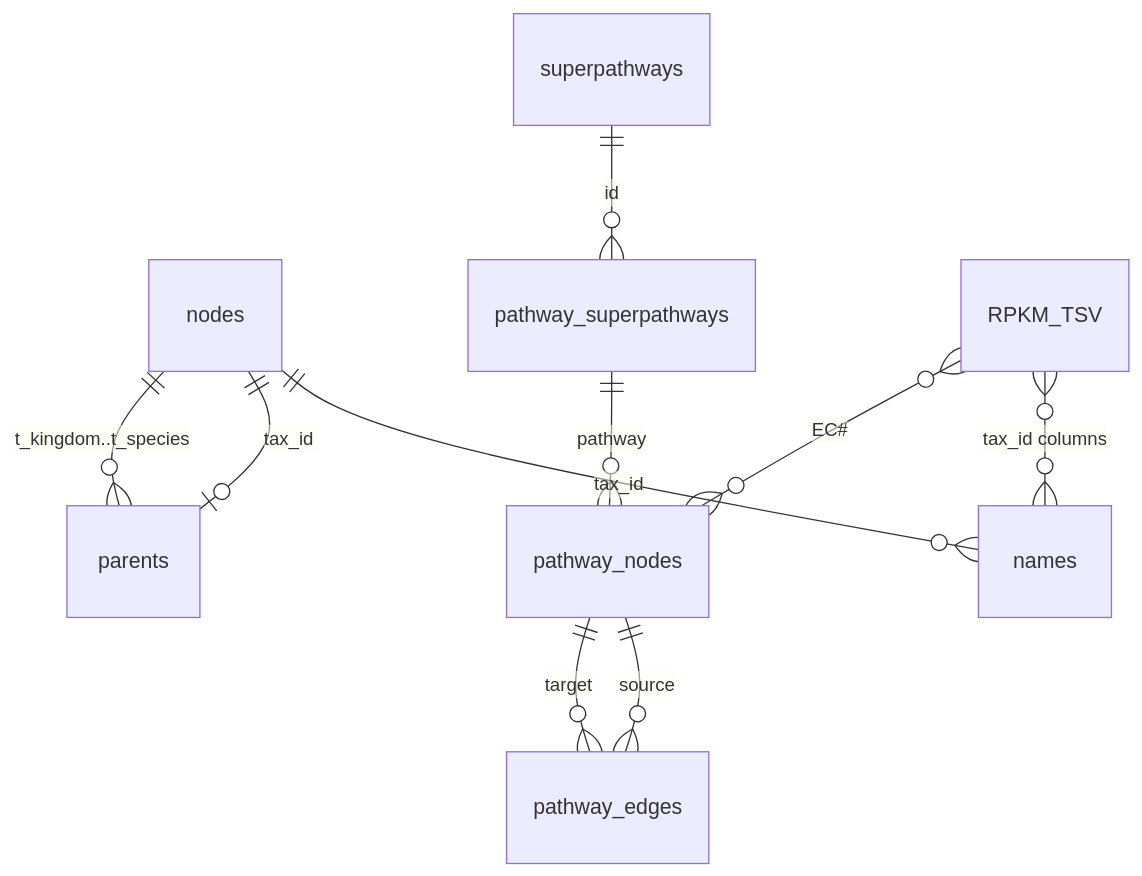
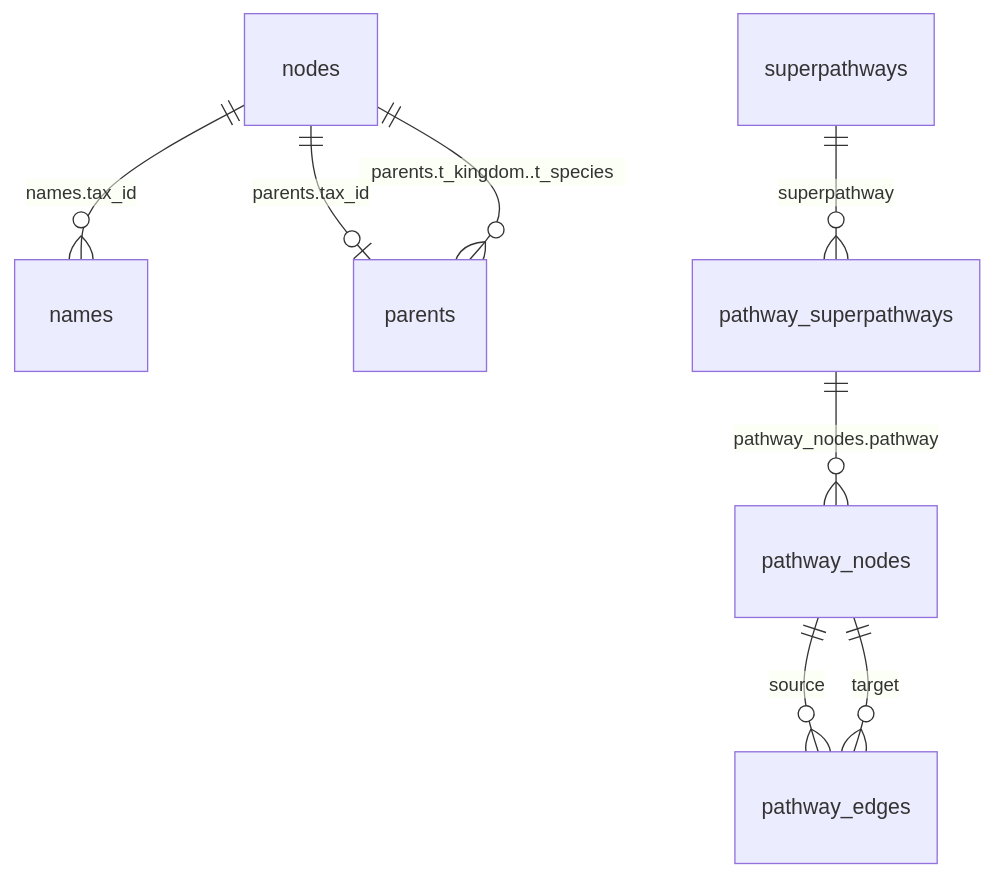
Before and after one commit to ParkinsonLab/metapro-data-vis: the first of 2 diagrams in docs/superpowers/specs/2026-06-11-exploratory-analysis-design.md, drawn with Mermaid. The commit also changed other lines of this file, not shown here.

First line of the commit message:
docs: refine EDA spec with JupySQL and RPKM join model

````diff
--- a/docs/superpowers/specs/2026-06-11-exploratory-analysis-design.md
+++ b/docs/superpowers/specs/2026-06-11-exploratory-analysis-design.md
@@ -227,12 +234,10 @@
 ```mermaid
 erDiagram
-    nodes ||--o{ names : "tax_id"
-    nodes ||--o| parents : "tax_id"
-    nodes ||--o{ parents : "t_kingdom..t_species"
+    nodes ||--o{ names : "names.tax_id"
+    nodes ||--o| parents : "parents.tax_id"
+    nodes ||--o{ parents : "parents.t_kingdom..t_species"
     pathway_nodes ||--o{ pathway_edges : "source"
     pathway_nodes ||--o{ pathway_edges : "target"
-    superpathways ||--o{ pathway_superpathways : "id"
-    pathway_superpathways ||--o{ pathway_nodes : "pathway"
-    RPKM_TSV }o--o{ names : "tax_id columns"
-    RPKM_TSV }o--o{ pathway_nodes : "EC#"
+    superpathways ||--o{ pathway_superpathways : "superpathway"
+    pathway_superpathways ||--o{ pathway_nodes : "pathway_nodes.pathway"
 ```
````
